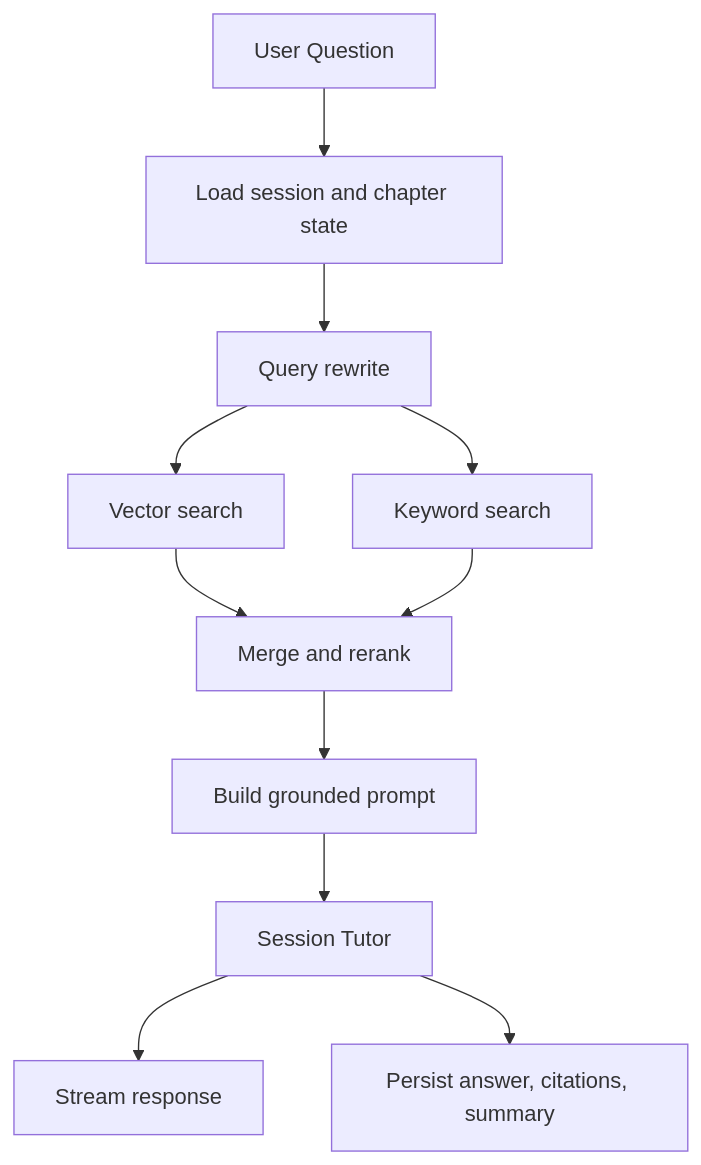
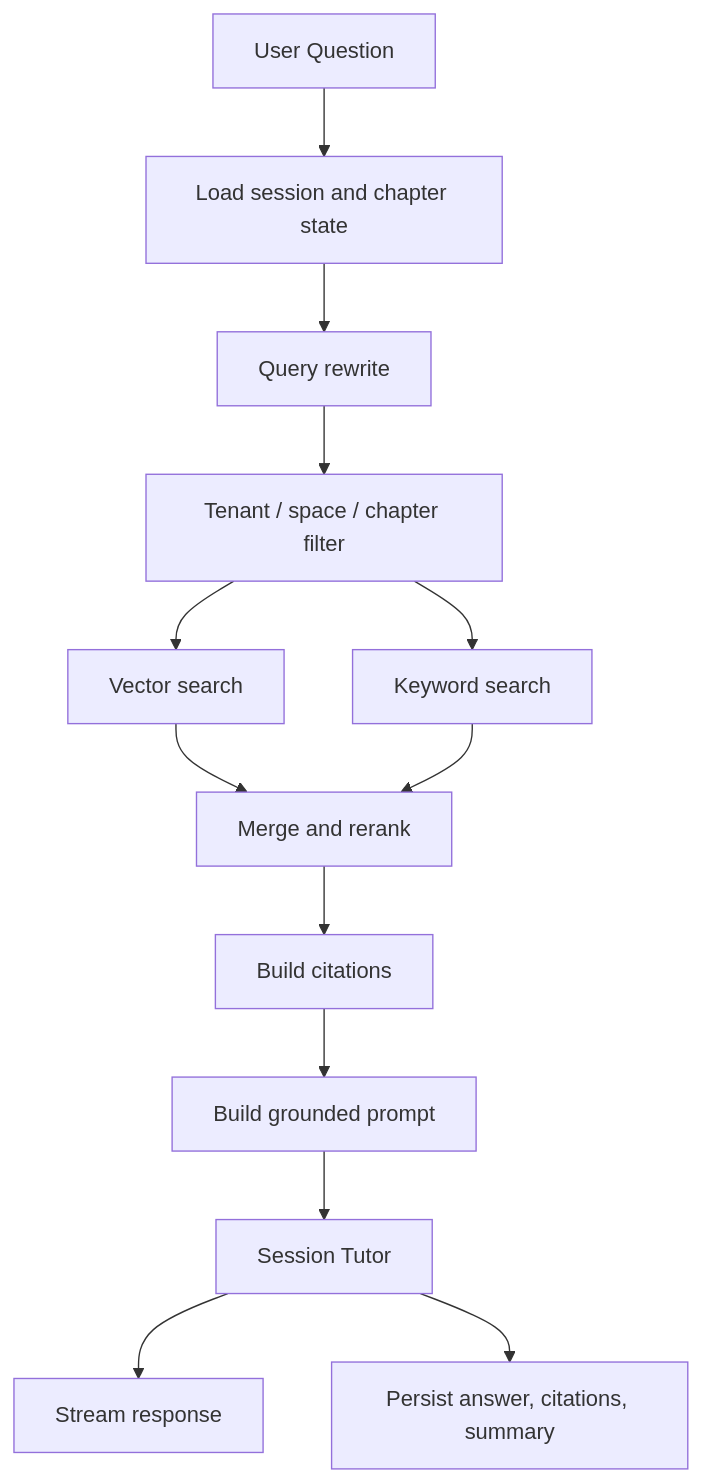
The second of 2 diagrams in docs/superpowers/specs/2026-05-24-study-agent-design.md (hxy-2024/study_agent), drawn with Mermaid before and after one commit. The commit also changed other lines of this file and 1 other file, not shown here.

Commit message:
docs: add rag to study agent architecture

````diff
--- a/docs/superpowers/specs/2026-05-24-study-agent-design.md
+++ b/docs/superpowers/specs/2026-05-24-study-agent-design.md
@@ -281,13 +300,15 @@
 ```mermaid
 flowchart TD
   Q["User Question"] --> State["Load session and chapter state"]
   State --> Rewrite["Query rewrite"]
-  Rewrite --> Vector["Vector search"]
-  Rewrite --> Keyword["Keyword search"]
+  Rewrite --> Filter["Tenant / space / chapter filter"]
+  Filter --> Vector["Vector search"]
+  Filter --> Keyword["Keyword search"]
   Vector --> Merge["Merge and rerank"]
   Keyword --> Merge
-  Merge --> Prompt["Build grounded prompt"]
+  Merge --> Cite["Build citations"]
+  Cite --> Prompt["Build grounded prompt"]
   Prompt --> Tutor["Session Tutor"]
   Tutor --> Stream["Stream response"]
   Tutor --> Persist["Persist answer, citations, summary"]
 ```
````
